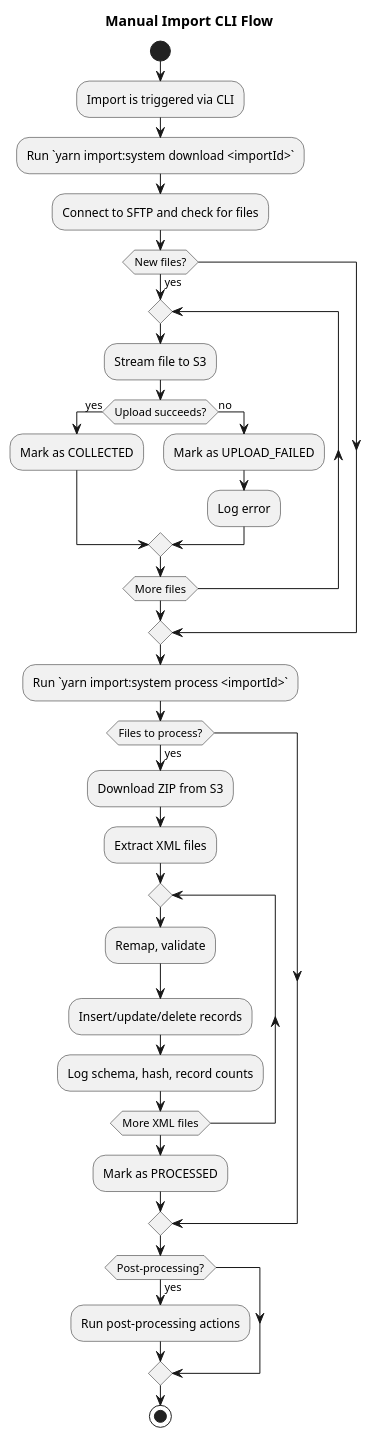
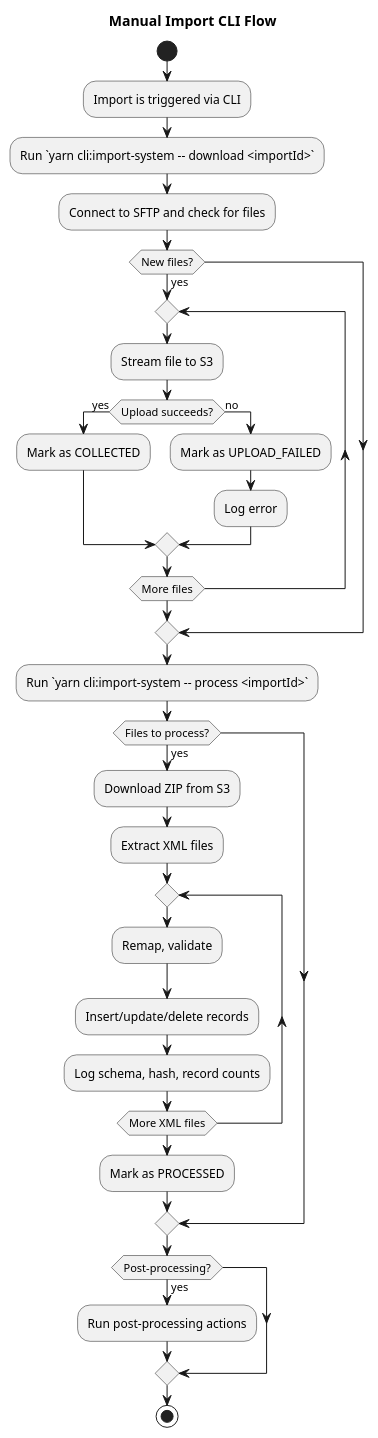
One commit to HHS/Head-Start-TTADP changed the diagram in docs/flow-diagrams/manual-monitoring-import-flow.puml. Above: the diagram before and after it, drawn with PlantUML. The commit also changed 52 other files, not shown here.

```diff
--- a/docs/flow-diagrams/manual-monitoring-import-flow.puml
+++ b/docs/flow-diagrams/manual-monitoring-import-flow.puml
@@ -1,41 +1,41 @@
 @startuml
 
 title Manual Import CLI Flow
 !pragma useVerticalIf on
 
 start
 
 :Import is triggered via CLI;
-:Run `yarn import:system download <importId>`;
+:Run `yarn cli:import-system -- download <importId>`;
 :Connect to SFTP and check for files;
 
 if (New files?) then (yes)
   repeat
     :Stream file to S3;
     if (Upload succeeds?) then (yes)
       :Mark as COLLECTED;
     else (no)
       :Mark as UPLOAD_FAILED;
       :Log error;
     endif
   repeat while (More files)
 endif
 
-:Run `yarn import:system process <importId>`;
+:Run `yarn cli:import-system -- process <importId>`;
 if (Files to process?) then (yes)
   :Download ZIP from S3;
   :Extract XML files;
   repeat
     :Remap, validate;
     :Insert/update/delete records;
     :Log schema, hash, record counts;
   repeat while (More XML files)
   :Mark as PROCESSED;
 endif
 
 if (Post-processing?) then (yes)
   :Run post-processing actions;
 endif
 
 stop
 @enduml
```
